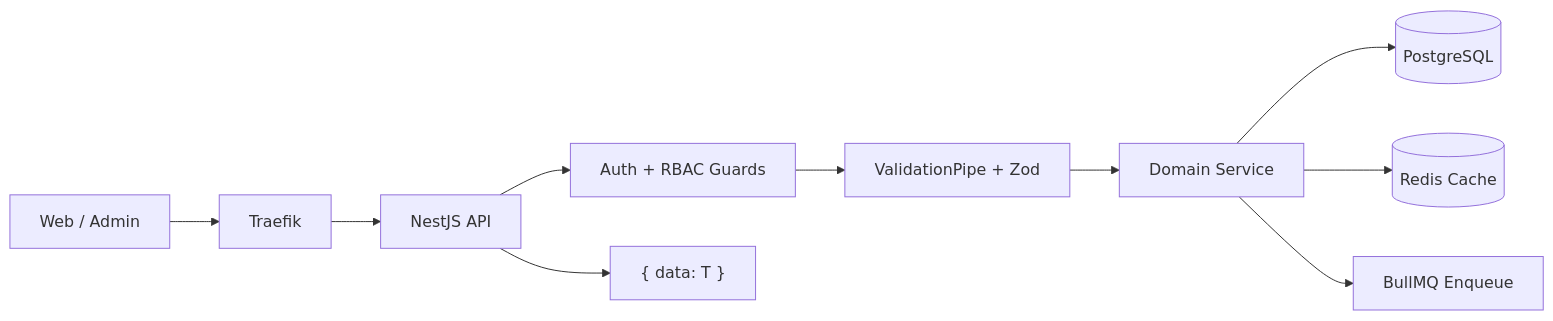
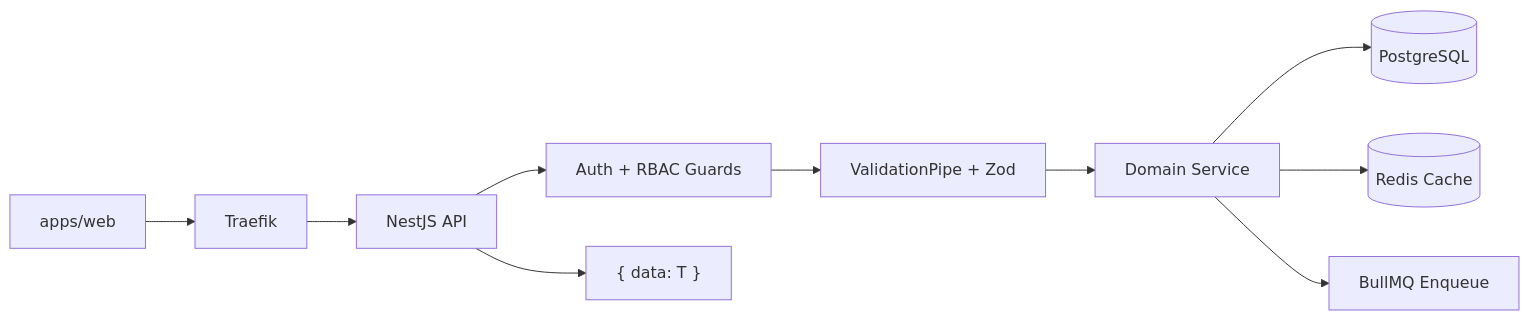
The first of 4 diagrams in docs/architecture/data-flow.md (golpochat/community-marketplace), drawn with Mermaid before and after one commit. The commit also changed 64 other files, not shown here.

````diff
--- a/docs/architecture/data-flow.md
+++ b/docs/architecture/data-flow.md
@@ -7,12 +7,12 @@
 ```mermaid
 flowchart LR
-  Client[Web / Admin] --> Traefik[Traefik]
+  Client[apps/web] --> Traefik[Traefik]
   Traefik --> API[NestJS API]
   API --> Guard[Auth + RBAC Guards]
   Guard --> Pipe[ValidationPipe + Zod]
   Pipe --> Service[Domain Service]
   Service --> Prisma[(PostgreSQL)]
   Service --> Redis[(Redis Cache)]
   Service --> Queue[BullMQ Enqueue]
   API --> Response["{ data: T }"]
 ```
````
